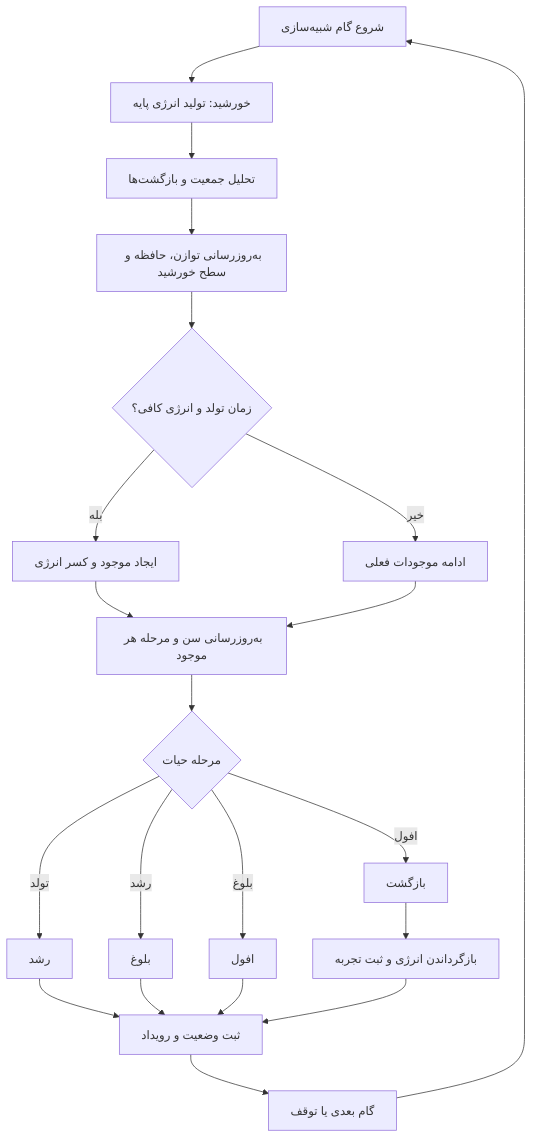
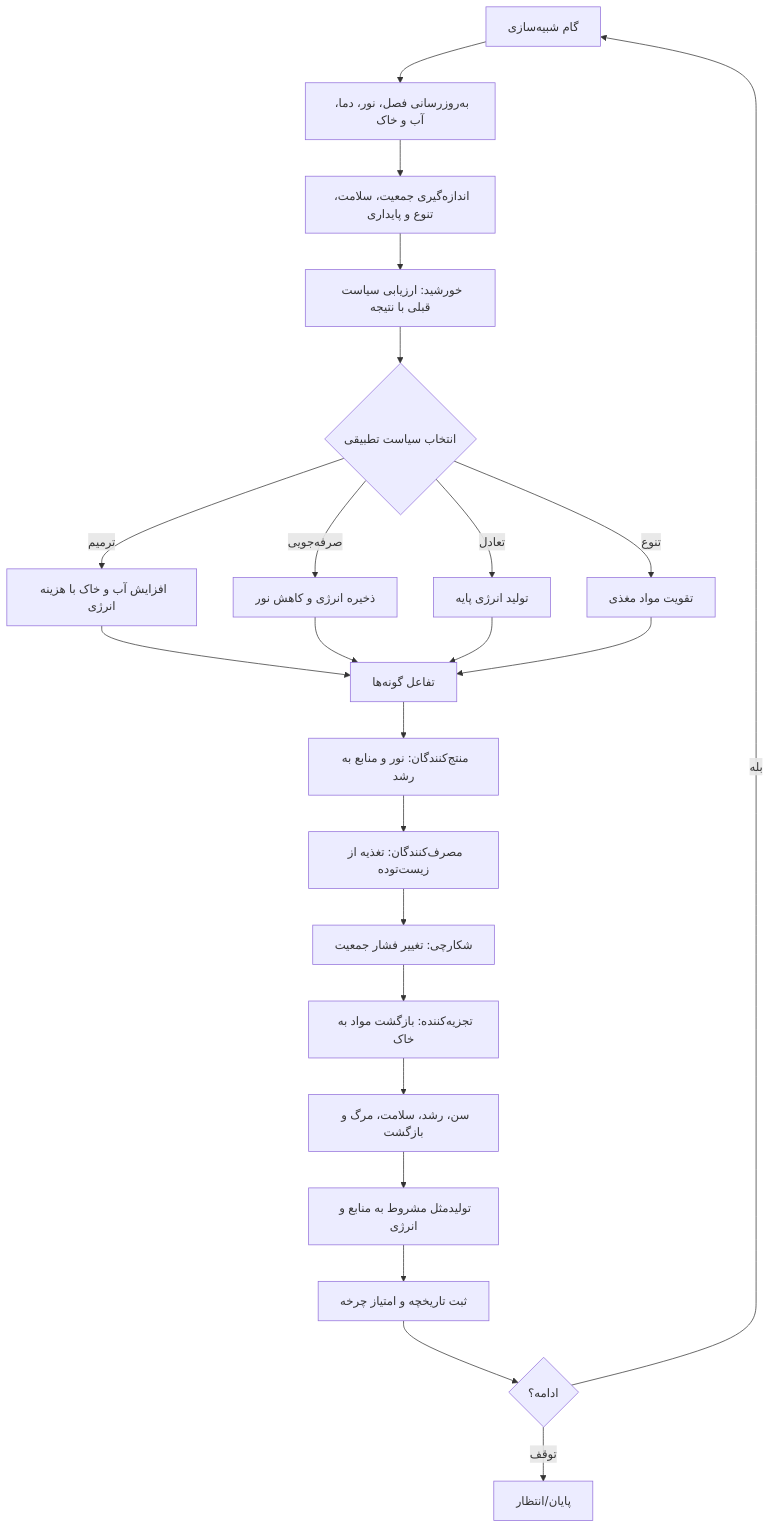
Before and after one commit to iojh2021-oss/sunp: the diagram in README.md, drawn with Mermaid. The commit also changed other lines of this file, not shown here.

Commit message:
Document expanded ecosystem rules and adaptive sun flowchart

````diff
--- a/README.md
+++ b/README.md
@@ -7,23 +7,25 @@
 ```mermaid
 flowchart TD
-    A[شروع گام شبیه‌سازی] --> B[خورشید: تولید انرژی پایه]
-    B --> C[تحلیل جمعیت و بازگشت‌ها]
-    C --> D[به‌روزرسانی توازن، حافظه و سطح خورشید]
-    D --> E{زمان تولد و انرژی کافی؟}
-    E -- بله --> F[ایجاد موجود و کسر انرژی]
-    E -- خیر --> G[ادامه موجودات فعلی]
-    F --> H[به‌روزرسانی سن و مرحله هر موجود]
-    G --> H
-    H --> I{مرحله حیات}
-    I -- تولد --> J[رشد]
-    I -- رشد --> K[بلوغ]
-    I -- بلوغ --> L[افول]
-    I -- افول --> M[بازگشت]
-    J --> N[ثبت وضعیت و رویداد]
-    K --> N
-    L --> N
-    M --> O[بازگرداندن انرژی و ثبت تجربه]
-    O --> N
-    N --> P[گام بعدی یا توقف]
-    P --> A
+ A[گام شبیه‌سازی] --> B[به‌روزرسانی فصل، نور، دما، آب و خاک]
+ B --> C[اندازه‌گیری جمعیت، سلامت، تنوع و پایداری]
+ C --> D[خورشید: ارزیابی سیاست قبلی با نتیجه]
+ D --> E{انتخاب سیاست تطبیقی}
+ E -->|ترمیم| F[افزایش آب و خاک با هزینه انرژی]
+ E -->|صرفه‌جویی| G[ذخیره انرژی و کاهش نور]
+ E -->|تعادل| H[تولید انرژی پایه]
+ E -->|تنوع| I[تقویت مواد مغذی]
+ F --> J[تفاعل گونه‌ها]
+ G --> J
+ H --> J
+ I --> J
+ J --> K[منتج‌کنندگان: نور و منابع به رشد]
+ K --> L[مصرف‌کنندگان: تغذیه از زیست‌توده]
+ L --> M[شکارچی: تغییر فشار جمعیت]
+ M --> N[تجزیه‌کننده: بازگشت مواد به خاک]
+ N --> O[سن، رشد، سلامت، مرگ و بازگشت]
+ O --> P[تولیدمثل مشروط به منابع و انرژی]
+ P --> Q[ثبت تاریخچه و امتیاز چرخه]
+ Q --> R{ادامه؟}
+ R -->|بله| A
+ R -->|توقف| S[پایان/انتظار]
 ```
````
